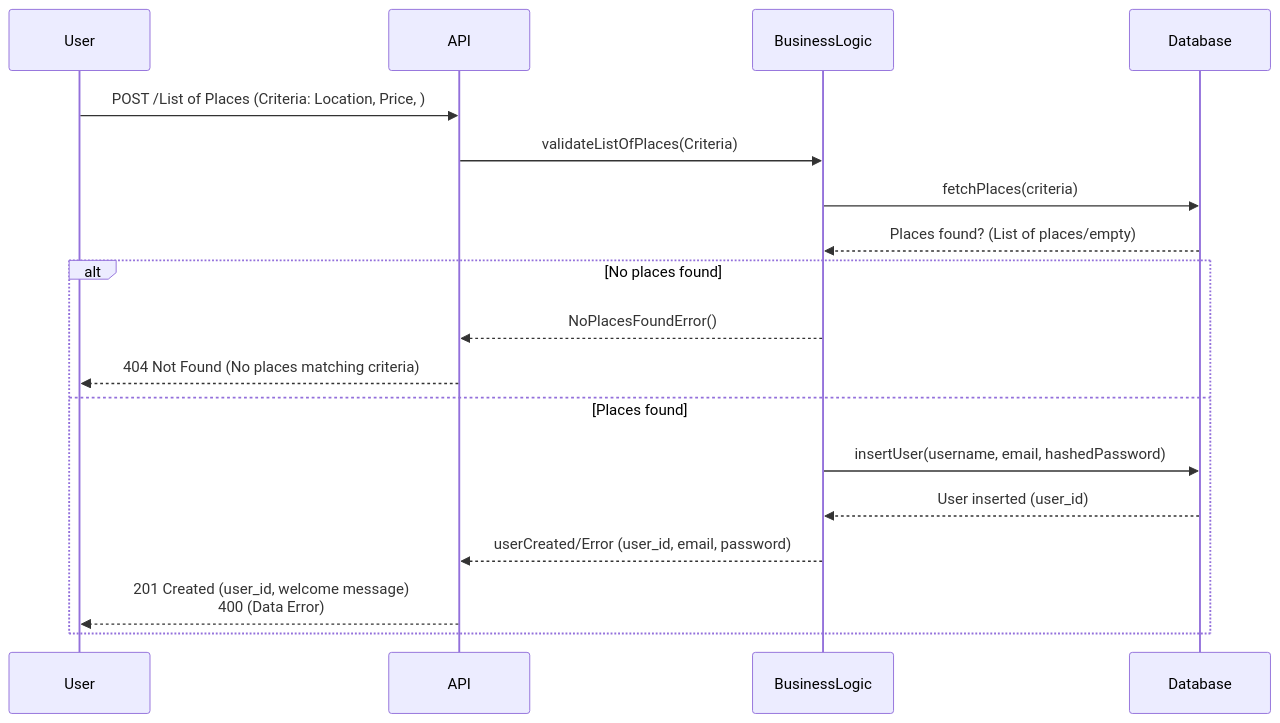
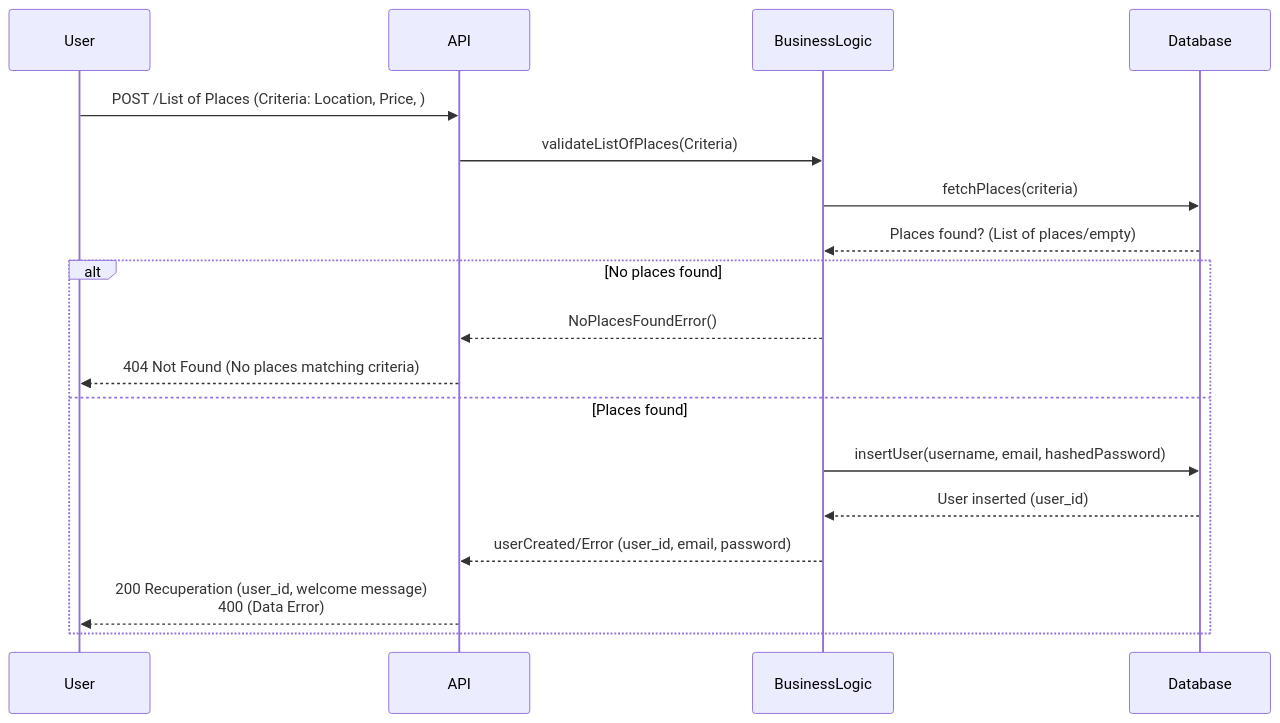
One commit to dosleam/Project-HbNb changed the diagram in UML/Task 2/List_Diagram.md. Above: the diagram before and after it, drawn with Mermaid. The commit also changed 2 other files, not shown here.

Commit message:
Modification task 1, task 2 and readme

````diff
--- a/UML/Task 2/List_Diagram.md
+++ b/UML/Task 2/List_Diagram.md
@@ -3,21 +3,21 @@
 ```mermaid
 sequenceDiagram
     participant User
     participant API
     participant BusinessLogic
     participant Database
 
     User->>API: POST /List of Places (Criteria: Location, Price, )
     API->>BusinessLogic: validateListOfPlaces(Criteria)
     BusinessLogic->>Database: fetchPlaces(criteria)
     Database-->>BusinessLogic: Places found? (List of places/empty)
     alt No places found
         BusinessLogic-->>API: NoPlacesFoundError()
         API-->>User: 404 Not Found (No places matching criteria)
     else Places found
         BusinessLogic->>Database: insertUser(username, email, hashedPassword)
         Database-->>BusinessLogic: User inserted (user_id)
         BusinessLogic-->>API: userCreated/Error (user_id, email, password)
-        API-->>User: 201 Created (user_id, welcome message) <br />400 (Data Error)
+        API-->>User: 200 Recuperation (user_id, welcome message) <br />400 (Data Error)
     end
 ```
````
